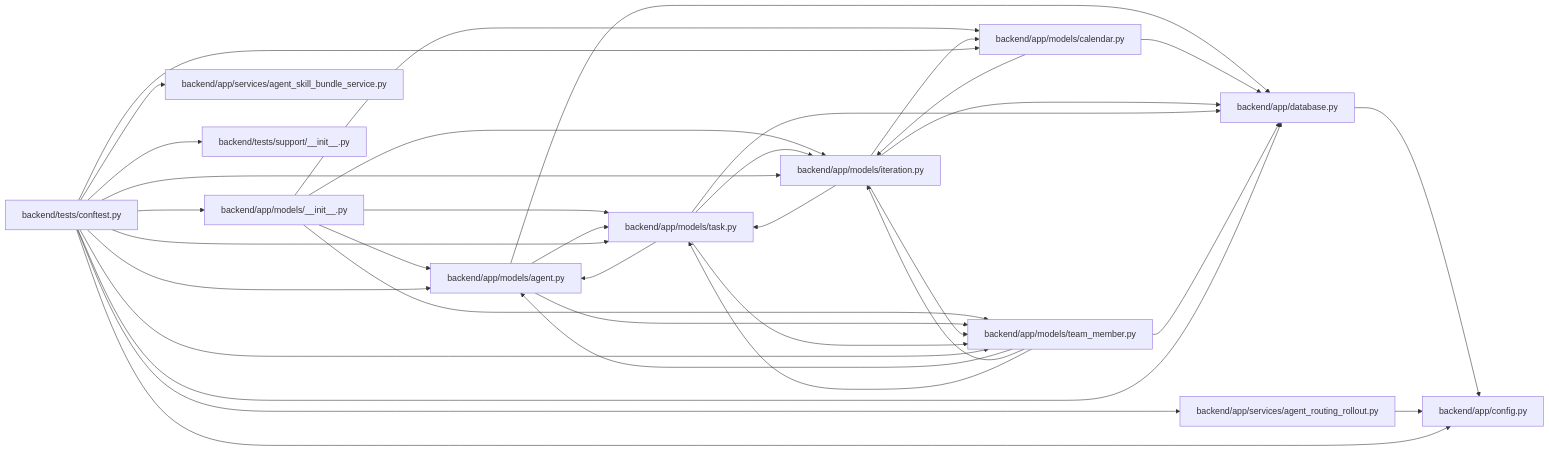
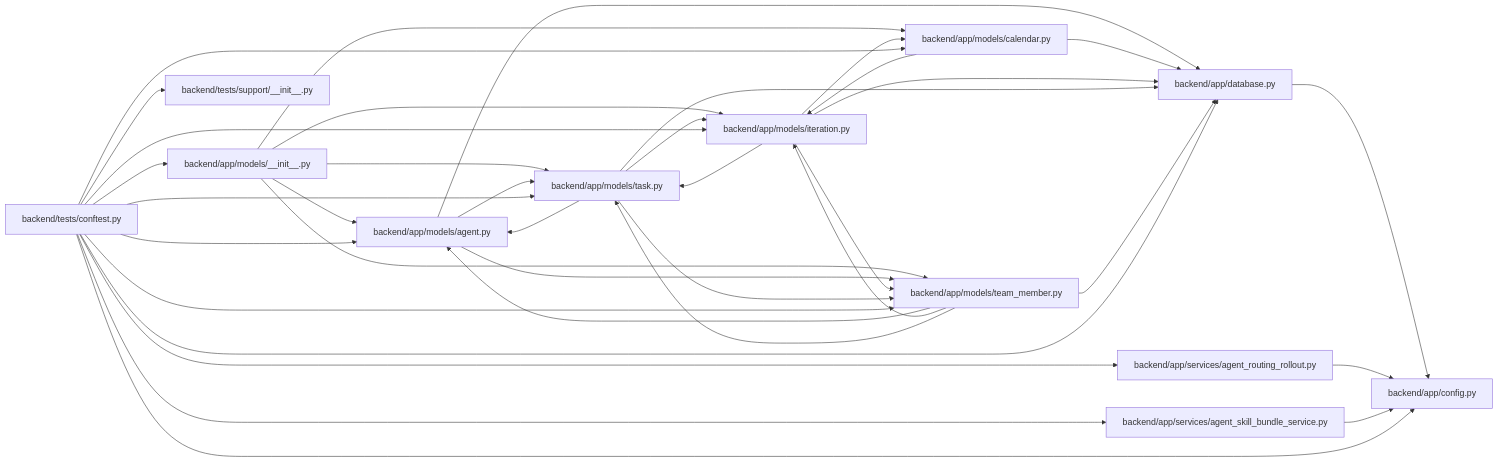
The diagram in docs/llm_wiki/modules/conftest.md (Denissvgn/WorkChord), drawn with Mermaid before and after one commit. The commit also changed 25171 other files, not shown here.

````diff
--- a/docs/llm_wiki/modules/conftest.md
+++ b/docs/llm_wiki/modules/conftest.md
@@ -43,62 +43,63 @@
 ```mermaid
 flowchart LR
     n0["backend/app/config.py"]
     n1["backend/app/database.py"]
     n2["backend/app/models/__init__.py"]
     n3["backend/app/models/agent.py"]
     n4["backend/app/models/calendar.py"]
     n5["backend/app/models/iteration.py"]
     n6["backend/app/models/task.py"]
     n7["backend/app/models/team_member.py"]
     n8["backend/app/services/agent_routing_rollout.py"]
     n9["backend/app/services/agent_skill_bundle_service.py"]
     n10["backend/tests/conftest.py"]
     n11["backend/tests/support/__init__.py"]
     n1 --> n0
     n2 --> n3
     n2 --> n4
     n2 --> n5
     n2 --> n6
     n2 --> n7
     n3 --> n1
     n3 --> n6
     n3 --> n7
     n4 --> n1
     n4 --> n5
     n5 --> n1
     n5 --> n4
     n5 --> n6
     n5 --> n7
     n6 --> n1
     n6 --> n3
     n6 --> n5
     n6 --> n7
     n7 --> n1
     n7 --> n3
     n7 --> n5
     n7 --> n6
     n8 --> n0
+    n9 --> n0
     n10 --> n0
     n10 --> n1
     n10 --> n2
     n10 --> n3
     n10 --> n4
     n10 --> n5
     n10 --> n6
     n10 --> n7
     n10 --> n8
     n10 --> n9
     n10 --> n11
     click n0 "../modules/config.md"
     click n1 "../modules/app_database.md"
     click n2 "../modules/models___init__.md"
     click n3 "../modules/models_agent.md"
     click n4 "../modules/models_calendar.md"
     click n5 "../modules/models_iteration.md"
     click n6 "../modules/models_task.md"
     click n7 "../modules/team_member.md"
     click n8 "../modules/agent_routing_rollout.md"
     click n9 "../modules/agent_skill_bundle_service.md"
     click n10 "../modules/conftest.md"
     click n11 "../modules/support___init__.md"
 ```
````
